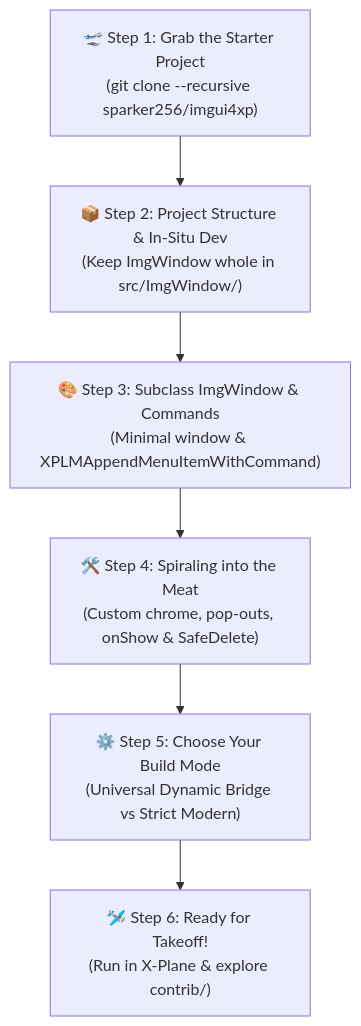
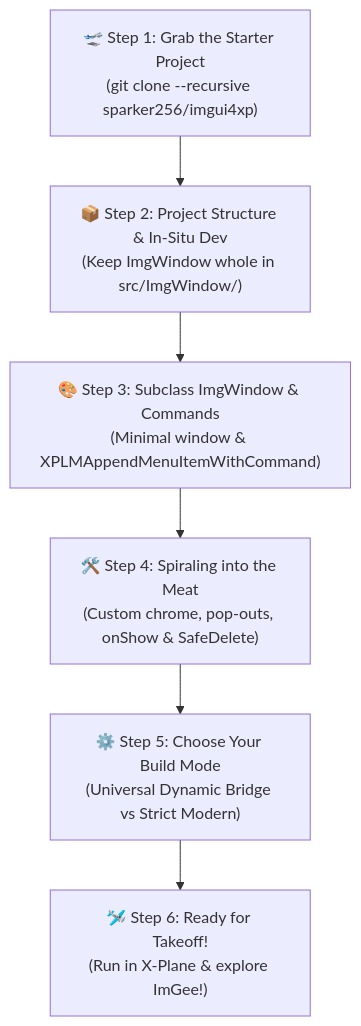
The first of 2 diagrams in docs/how-to/Get-Started-With-ImgWindow.md (slgoldberg/ImgWindow), drawn with Mermaid before and after one commit. The commit also changed other lines of this file and 8 other files, not shown here.

First line of the commit message:
docs(rebrand): update Contrib UX references to ImGee and rebuild User Guide PDF

````diff
--- a/docs/how-to/Get-Started-With-ImgWindow.md
+++ b/docs/how-to/Get-Started-With-ImgWindow.md
@@ -14,11 +14,11 @@
 ```mermaid
 flowchart TD
     Stop1["🛫 Step 1: Grab the Starter Project\n(git clone --recursive sparker256/imgui4xp)"]
     Stop2["📦 Step 2: Project Structure & In-Situ Dev\n(Keep ImgWindow whole in src/ImgWindow/)"]
     Stop3["🎨 Step 3: Subclass ImgWindow & Commands\n(Minimal window & XPLMAppendMenuItemWithCommand)"]
     Stop4["🛠️ Step 4: Spiraling into the Meat\n(Custom chrome, pop-outs, onShow & SafeDelete)"]
     Stop5["⚙️ Step 5: Choose Your Build Mode\n(Universal Dynamic Bridge vs Strict Modern)"]
-    Stop6["🛩️ Step 6: Ready for Takeoff!\n(Run in X-Plane & explore contrib/)"]
+    Stop6["🛩️ Step 6: Ready for Takeoff!\n(Run in X-Plane & explore ImGee!)"]
 
     Stop1 --> Stop2 --> Stop3 --> Stop4 --> Stop5 --> Stop6
 ```
````
